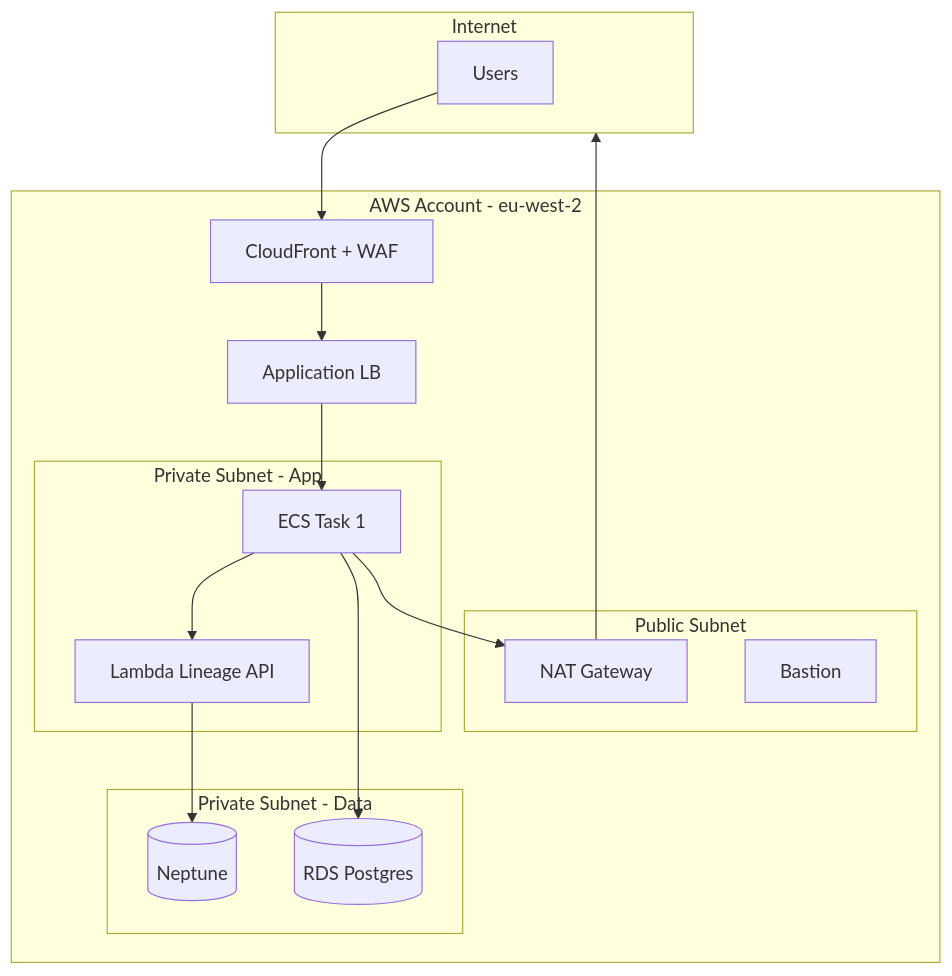
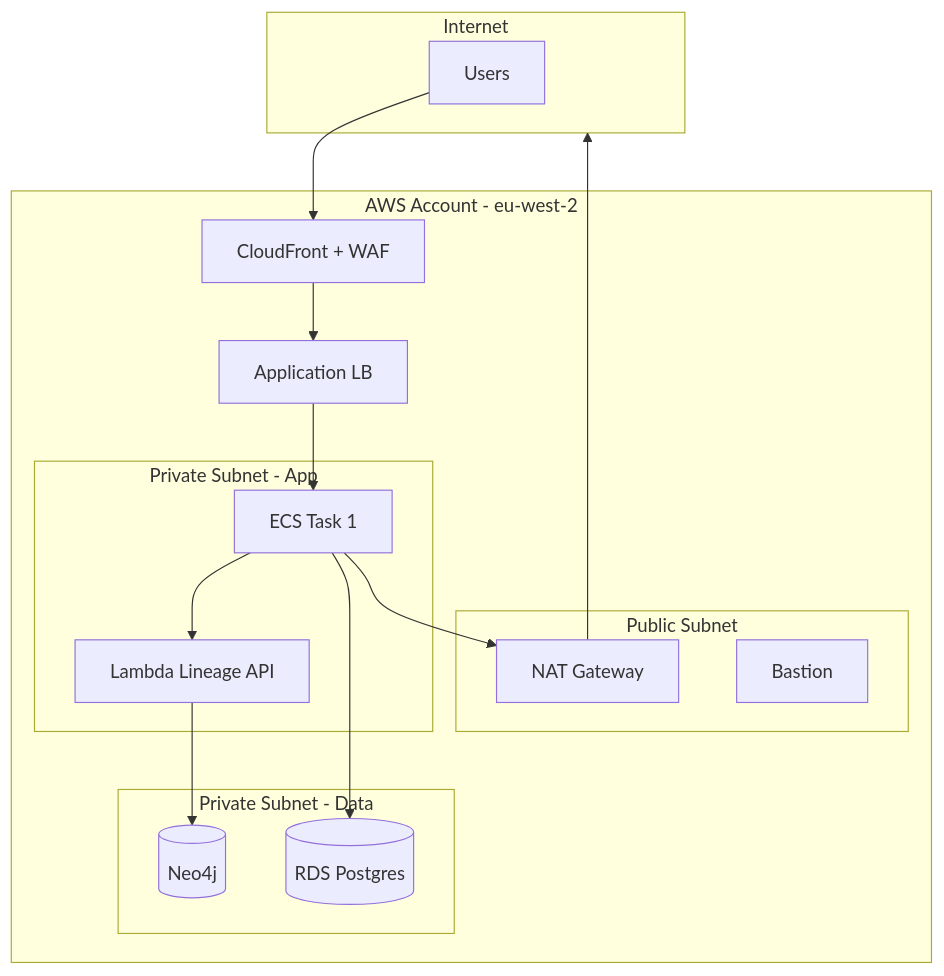
The fifth of 10 diagrams in content/data-engineering/diagrams-as-code.md (jmydde/jamesm.blog), drawn with Mermaid before and after one commit. The commit also changed other lines of this file and 22 other files, not shown here.

````diff
--- a/content/data-engineering/diagrams-as-code.md
+++ b/content/data-engineering/diagrams-as-code.md
@@ -125,26 +210,26 @@
 ```mermaid
 flowchart TB
     subgraph Internet
         U[Users]
     end
     subgraph AWS[AWS Account - eu-west-2]
         CF[CloudFront + WAF]
         ALB[Application LB]
         subgraph PUB[Public Subnet]
             NAT[NAT Gateway]
             BAST[Bastion]
         end
         subgraph PRIV[Private Subnet - App]
             APP1[ECS Task 1]
             LAMBDA[Lambda Lineage API]
         end
         subgraph DATA[Private Subnet - Data]
-            NEPT[(Neptune)]
+            NEO[(Neo4j)]
             RDS[(RDS Postgres)]
         end
     end
     U --> CF --> ALB --> APP1
-    APP1 --> LAMBDA --> NEPT
+    APP1 --> LAMBDA --> NEO
     APP1 --> RDS
     APP1 --> NAT --> Internet
 ```
````
